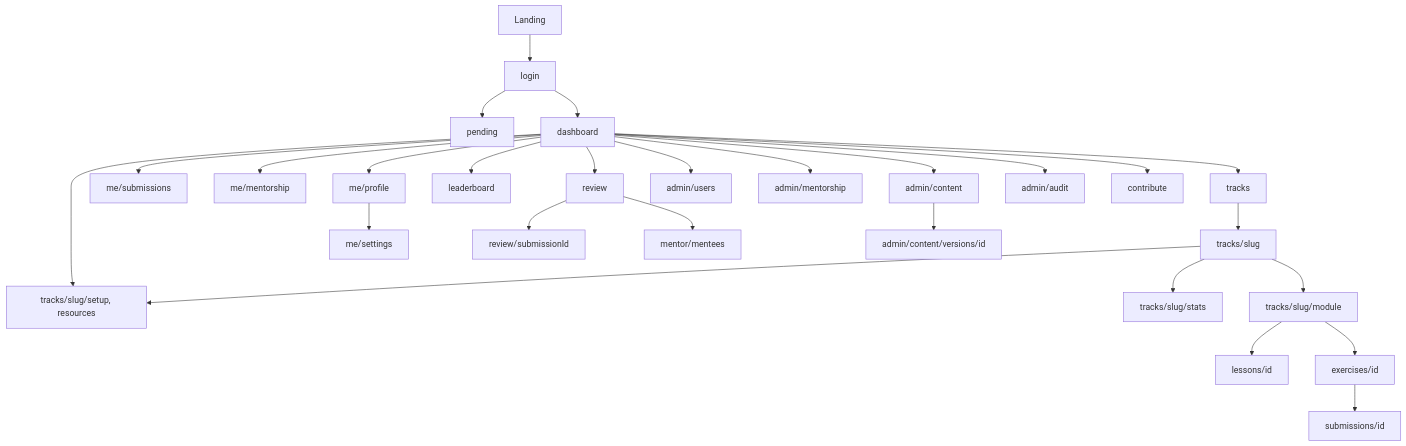
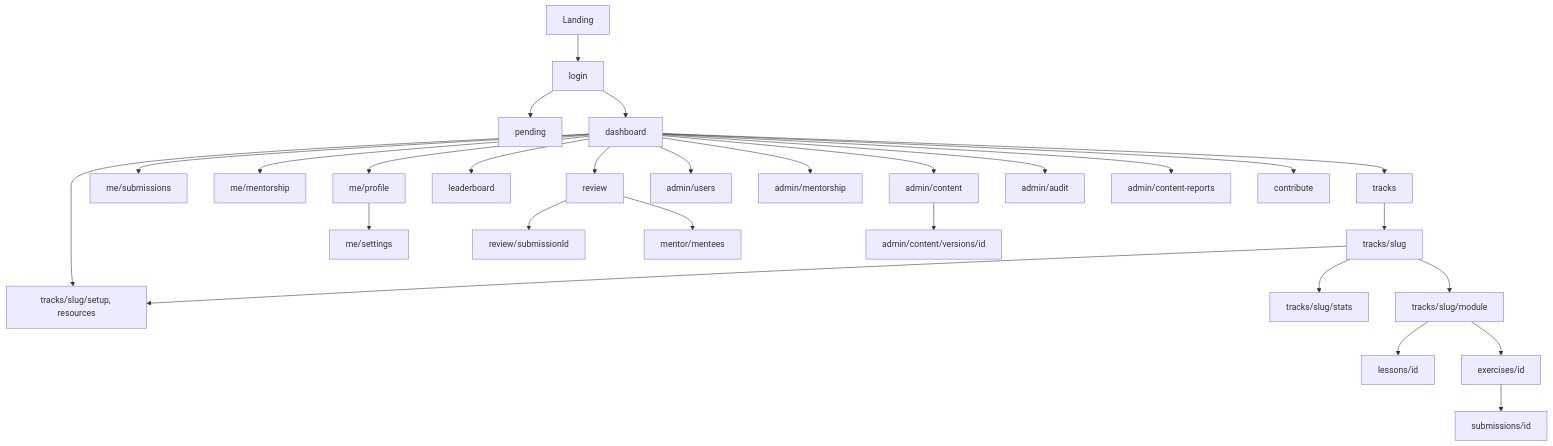
The diagram in docs/product/INFORMATION-ARCHITECTURE.md (hcmute-dsc/learning-hub-docs), drawn with Mermaid before and after one commit. The commit also changed other lines of this file and 4 other files, not shown here.

First line of the commit message:
Docs: add content reports (table, API, pages, token) (#59)

````diff
--- a/docs/product/INFORMATION-ARCHITECTURE.md
+++ b/docs/product/INFORMATION-ARCHITECTURE.md
@@ -32,47 +32,49 @@
 ```mermaid
 flowchart TD
   Home[" Landing"]
   Login["login"]
   Pending["pending"]
   Dash["dashboard"]
   Tracks["tracks"]
   Track["tracks/slug"]
   TrackDocs["tracks/slug/setup, resources"]
   TrackStats["tracks/slug/stats"]
   Module["tracks/slug/module"]
   Lesson["lessons/id"]
   Exercise["exercises/id"]
   Sub["submissions/id"]
   MySubs["me/submissions"]
   MyMentor["me/mentorship"]
   Profile["me/profile"]
   Settings["me/settings"]
   Leader["leaderboard"]
   Review["review"]
   ReviewOne["review/submissionId"]
   Mentees["mentor/mentees"]
   AdminUsers["admin/users"]
   AdminMentor["admin/mentorship"]
   AdminContent["admin/content"]
   AdminVer["admin/content/versions/id"]
   AdminAudit["admin/audit"]
+  AdminReportsContent["admin/content-reports"]
   Contribute["contribute"]
   Home --> Login --> Pending
   Login --> Dash
   Dash --> Tracks --> Track --> Module --> Lesson
   Track --> TrackDocs
   Track --> TrackStats
   Dash --> TrackDocs
   Module --> Exercise --> Sub
   Dash --> MySubs
   Dash --> MyMentor
   Dash --> Profile --> Settings
   Dash --> Leader
   Dash --> Review --> ReviewOne
   Review --> Mentees
   Dash --> AdminUsers
   Dash --> AdminMentor
   Dash --> AdminContent --> AdminVer
   Dash --> AdminAudit
+  Dash --> AdminReportsContent
   Dash --> Contribute
 ```
````
